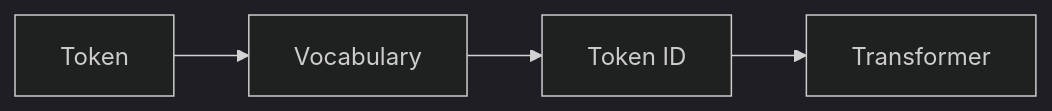
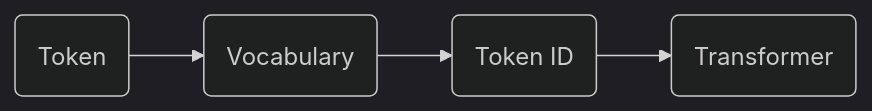
One commit to ChrisZhu2050/chriszhu2050.github.io changed diagram 14 of 16 in index.md. Above: the diagram before and after it, drawn with Mermaid (dark theme). The commit also changed other lines of this file, not shown here.

````diff
--- a/index.md
+++ b/index.md
@@ -419,4 +419,4 @@
       ```mermaid
           graph LR
-              A["`Token`"] --> B["`Vocabulary`"] --> C["`Token ID`"] --> D["`Transformer`"] 
+              A("`Token`") --> B("`Vocabulary`") --> C("`Token ID`") --> D("`Transformer`") 
       ```  
````
